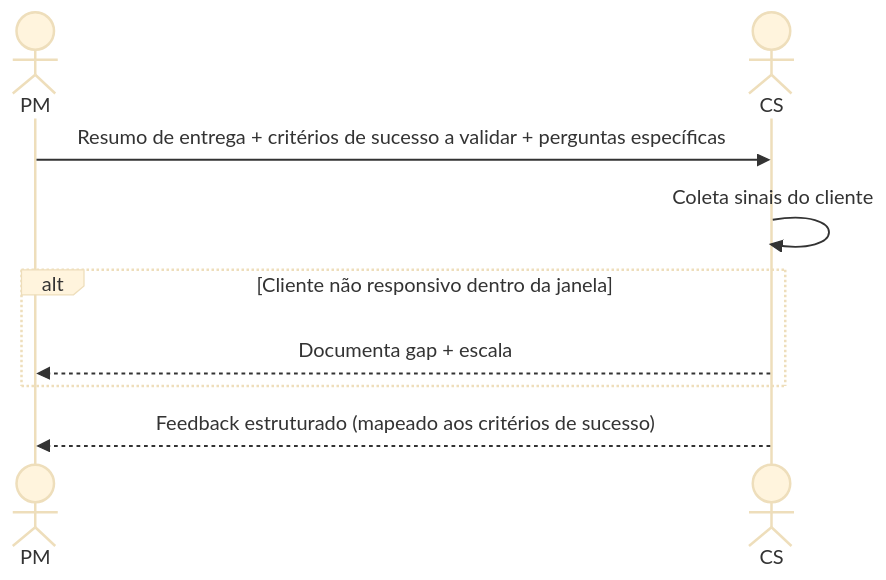
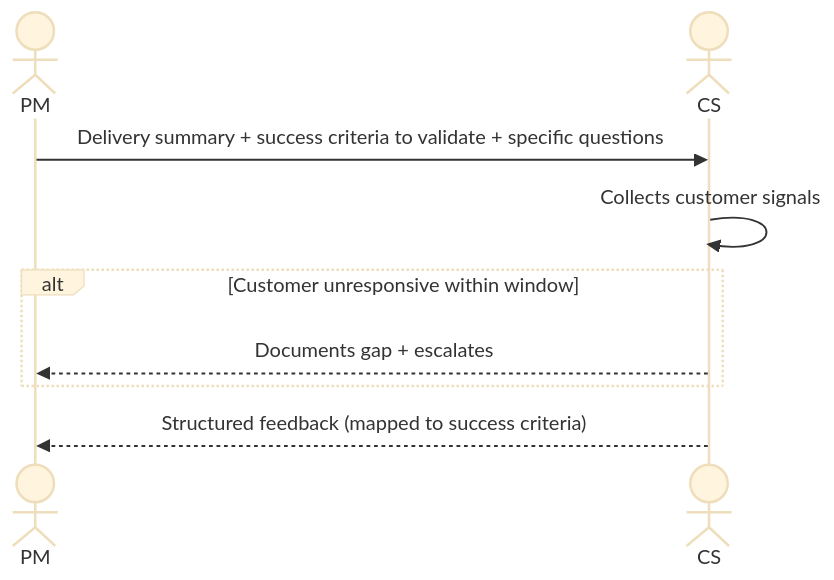
One commit to hugo-hsbtech/teamwork-process changed the diagram in interactions/13-pm-to-cs.md. Above: the diagram before and after it, drawn with Mermaid (base theme). The commit also changed other lines of this file and 63 other files, not shown here.

````diff
--- a/interactions/13-pm-to-cs.md
+++ b/interactions/13-pm-to-cs.md
@@ -61,14 +61,14 @@
 ```mermaid
 sequenceDiagram
     actor PM as PM
     actor CS as CS
 
-    PM->>CS: Resumo de entrega + critérios de sucesso a validar + perguntas específicas
-    CS->>CS: Coleta sinais do cliente
+    PM->>CS: Delivery summary + success criteria to validate + specific questions
+    CS->>CS: Collects customer signals
 
-    alt Cliente não responsivo dentro da janela
-        CS-->>PM: Documenta gap + escala
+    alt Customer unresponsive within window
+        CS-->>PM: Documents gap + escalates
     end
 
-    CS-->>PM: Feedback estruturado (mapeado aos critérios de sucesso)
+    CS-->>PM: Structured feedback (mapped to success criteria)
 ```
````
